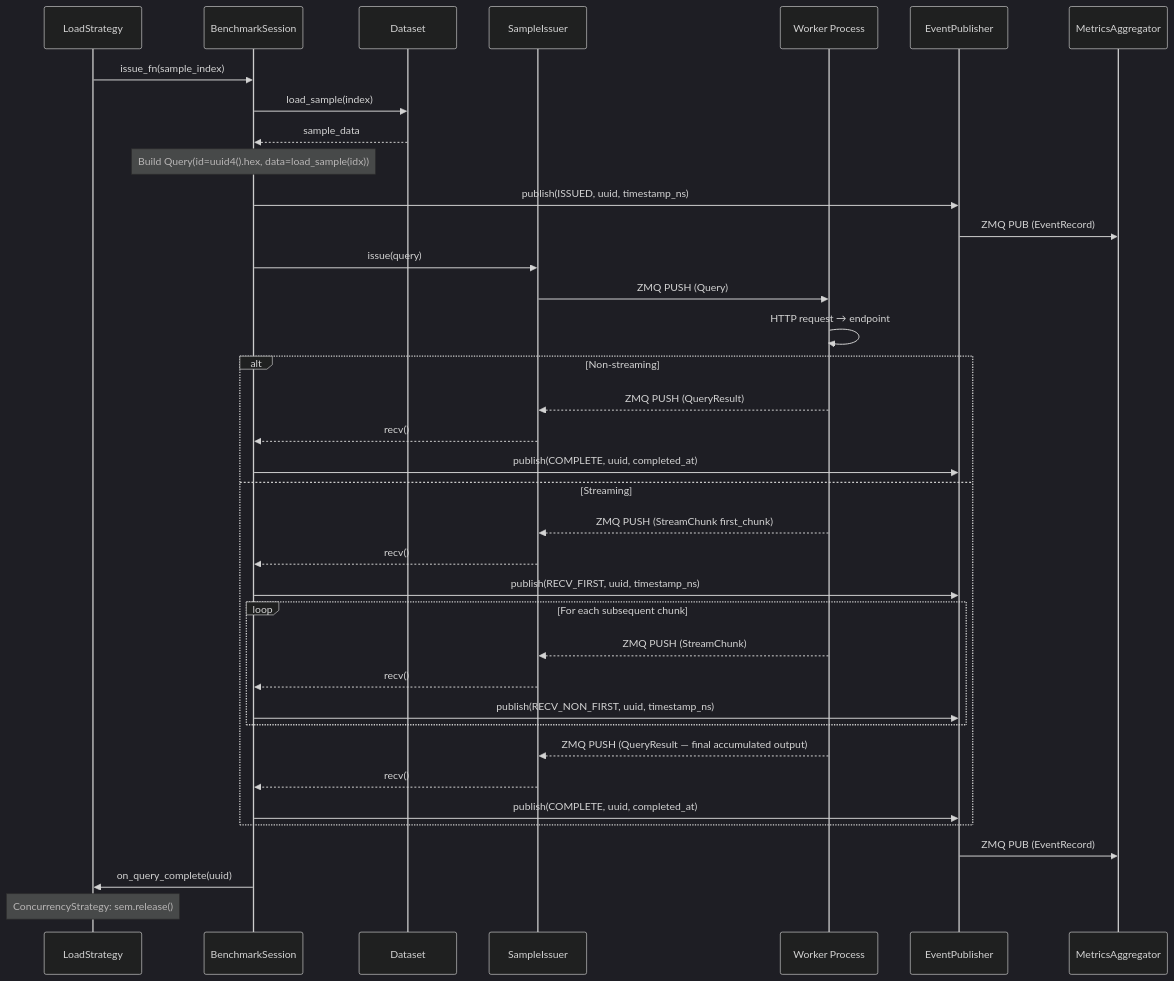
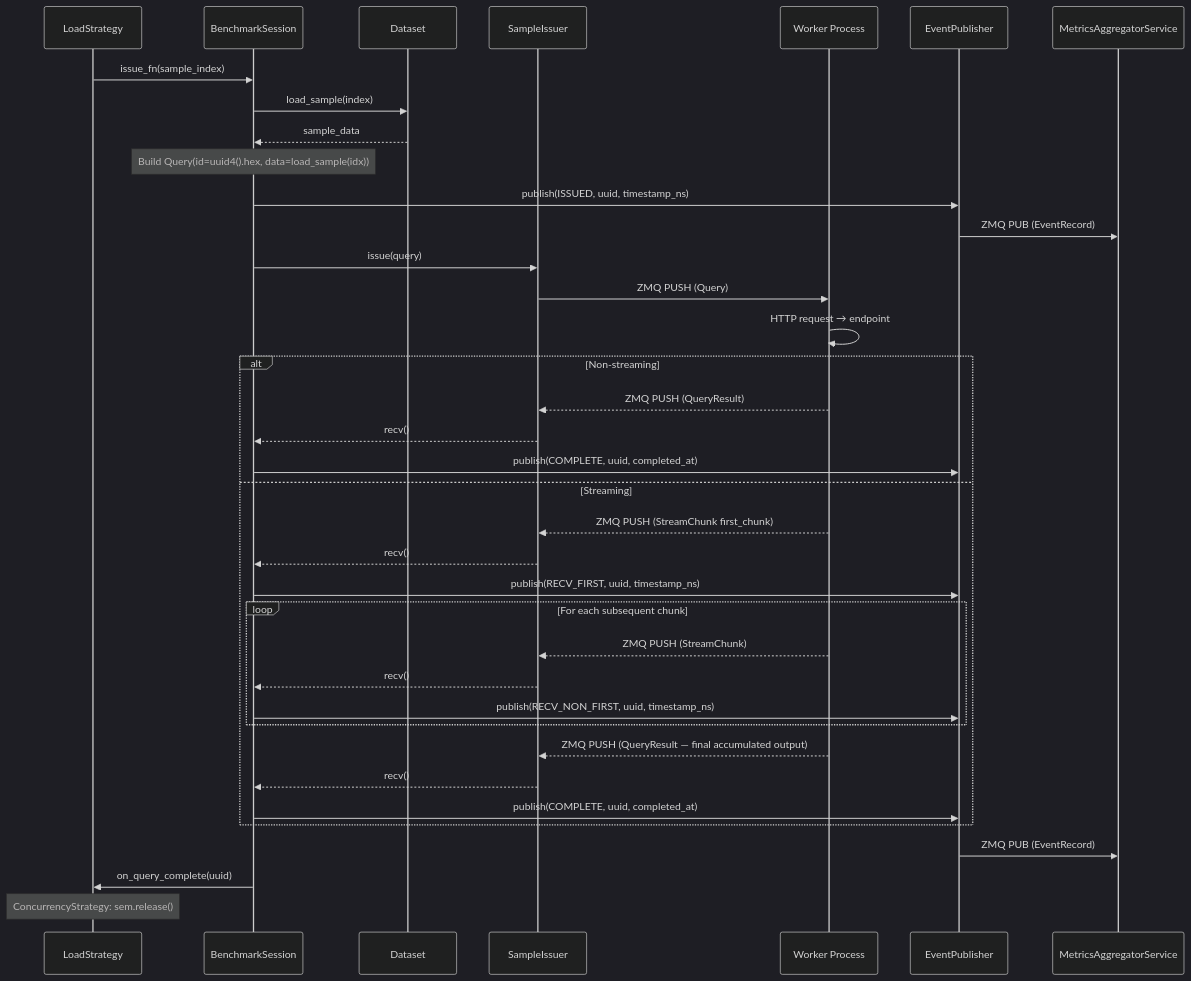
The first of 5 diagrams in docs/load_generator/DESIGN.md (tianmu-li/endpoints), drawn with Mermaid (dark theme) before and after one commit. The commit also changed other lines of this file and 14 other files, not shown here.

````diff
--- a/docs/load_generator/DESIGN.md
+++ b/docs/load_generator/DESIGN.md
@@ -515,42 +571,42 @@
 ```mermaid
 sequenceDiagram
     participant S as LoadStrategy
     participant B as BenchmarkSession
     participant D as Dataset
     participant I as SampleIssuer
     participant W as Worker Process
     participant E as EventPublisher
-    participant M as MetricsAggregator
+    participant M as MetricsAggregatorService
 
     S->>B: issue_fn(sample_index)
     B->>D: load_sample(index)
     D-->>B: sample_data
     Note over B: Build Query(id=uuid4().hex, data=load_sample(idx))
     B->>E: publish(ISSUED, uuid, timestamp_ns)
     E->>M: ZMQ PUB (EventRecord)
     B->>I: issue(query)
     I->>W: ZMQ PUSH (Query)
     W->>W: HTTP request → endpoint
 
     alt Non-streaming
         W-->>I: ZMQ PUSH (QueryResult)
         I-->>B: recv()
         B->>E: publish(COMPLETE, uuid, completed_at)
     else Streaming
         W-->>I: ZMQ PUSH (StreamChunk first_chunk)
         I-->>B: recv()
         B->>E: publish(RECV_FIRST, uuid, timestamp_ns)
         loop For each subsequent chunk
             W-->>I: ZMQ PUSH (StreamChunk)
             I-->>B: recv()
             B->>E: publish(RECV_NON_FIRST, uuid, timestamp_ns)
         end
         W-->>I: ZMQ PUSH (QueryResult — final accumulated output)
         I-->>B: recv()
         B->>E: publish(COMPLETE, uuid, completed_at)
     end
 
     E->>M: ZMQ PUB (EventRecord)
     B->>S: on_query_complete(uuid)
     Note over S: ConcurrencyStrategy: sem.release()
 ```
````
